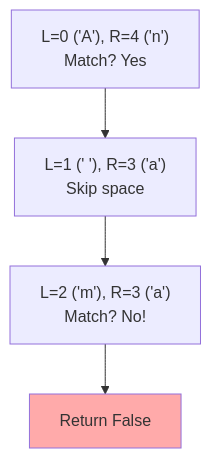
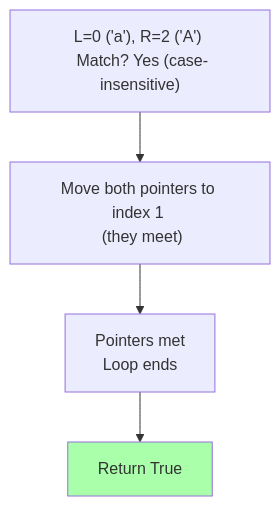
The diagram in _posts/2025-09-12-algo-leetcode-0125-valid-palindrome.md (youngunghan/scitechblog), drawn with Mermaid before and after one commit. The commit also changed other lines of this file and 5 other files, not shown here.

````diff
--- a/_posts/2025-09-12-algo-leetcode-0125-valid-palindrome.md
+++ b/_posts/2025-09-12-algo-leetcode-0125-valid-palindrome.md
@@ -55,7 +55,7 @@
 ```mermaid
 graph TD
-    S1["L=0 ('A'), R=4 ('n') <br> Match? Yes"] --> S2["L=1 (' '), R=3 ('a') <br> Skip space"]
-    S2 --> S3["L=2 ('m'), R=3 ('a') <br> Match? No!"]
-    S3 --> F[Return False]
-    style F fill:#ffaaaa
+    S1["L=0 ('a'), R=2 ('A') <br> Match? Yes (case-insensitive)"] --> S2["Move both pointers to index 1 <br> (they meet)"]
+    S2 --> S3["Pointers met <br> Loop ends"]
+    S3 --> F[Return True]
+    style F fill:#aaffaa
 ```
````
